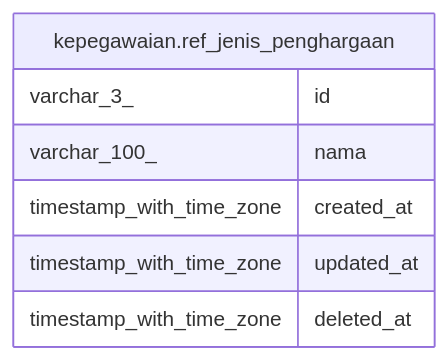
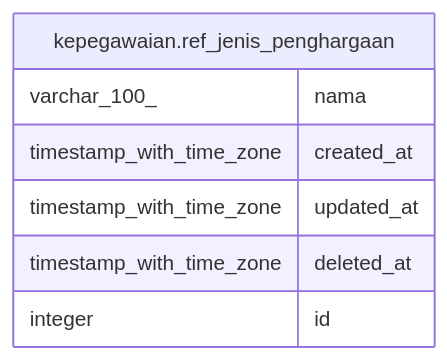
The diagram in services/kepegawaian/docs/db/kepegawaian.ref_jenis_penghargaan.md (nandanugg/triforce.nvim), drawn with Mermaid before and after one commit. The commit also changed other lines of this file and 14 other files, not shown here.

````diff
--- a/services/kepegawaian/docs/db/kepegawaian.ref_jenis_penghargaan.md
+++ b/services/kepegawaian/docs/db/kepegawaian.ref_jenis_penghargaan.md
@@ -29,12 +29,12 @@
 ```mermaid
 erDiagram
 
 
 "kepegawaian.ref_jenis_penghargaan" {
-  varchar_3_ id
   varchar_100_ nama
   timestamp_with_time_zone created_at
   timestamp_with_time_zone updated_at
   timestamp_with_time_zone deleted_at
+  integer id
 }
 ```
````
